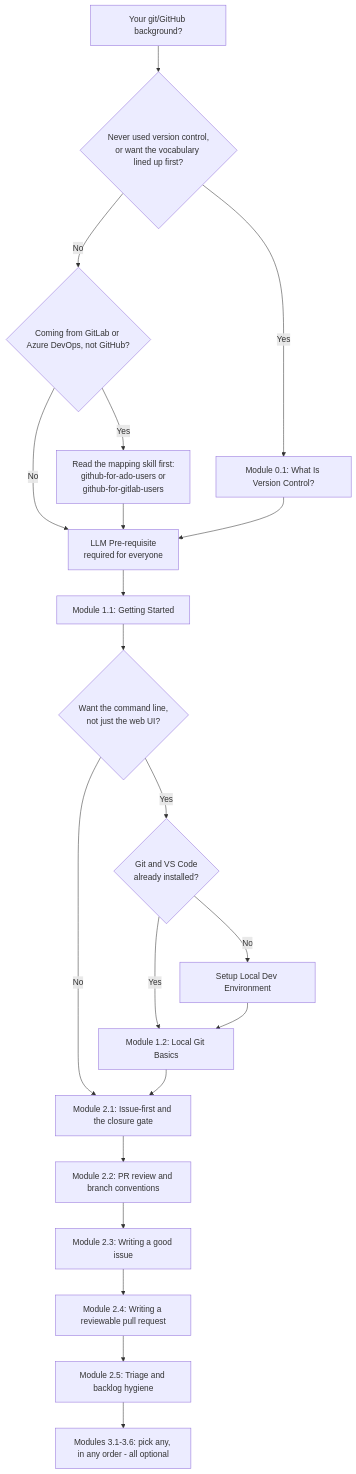
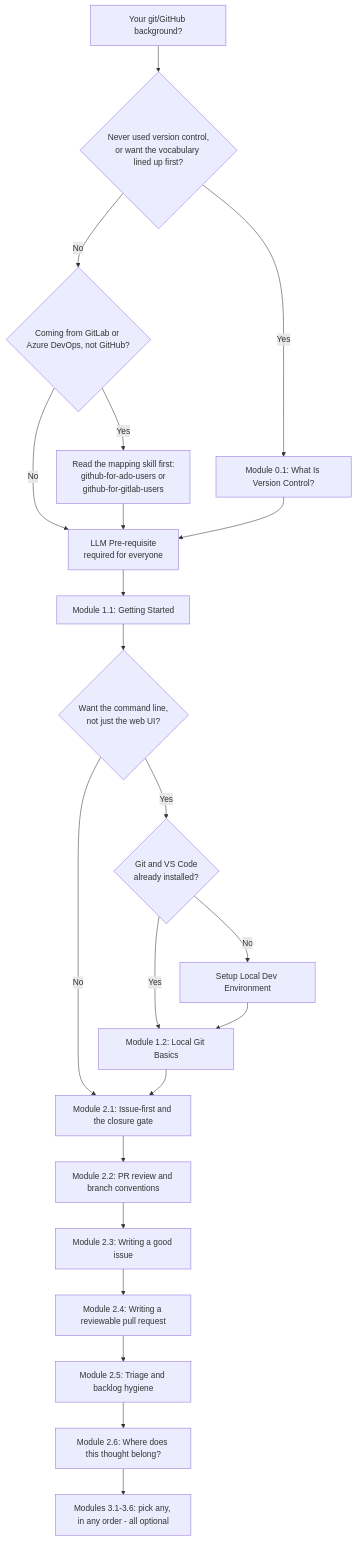
One commit to JeanKadang/DOC-GitHub-Practice-Skills changed the first of 2 diagrams in education/README.md. Above: the diagram before and after it, drawn with Mermaid. The commit also changed other lines of this file and 3 other files, not shown here.

First line of the commit message:
docs: add Module 2.6, where does this thought belong

````diff
--- a/education/README.md
+++ b/education/README.md
@@ -34,23 +34,24 @@
 ```mermaid
 flowchart TD
     Start[Your git/GitHub background?] --> Q1{Never used version control,<br/>or want the vocabulary lined up first?}
     Q1 -- Yes --> S0[Module 0.1: What Is Version Control?]
     Q1 -- No --> Q2{Coming from GitLab or Azure DevOps, not GitHub?}
     Q2 -- Yes --> Pre[Read the mapping skill first:<br/>github-for-ado-users or<br/>github-for-gitlab-users]
     Q2 -- No --> LLM0[LLM Pre-requisite<br/>required for everyone]
     Pre --> LLM0
     S0 --> LLM0
     LLM0 --> S1[Module 1.1: Getting Started]
     S1 --> Q3{Want the command line,<br/>not just the web UI?}
     Q3 -- Yes --> Q4{Git and VS Code<br/>already installed?}
     Q3 -- No --> M2a[Module 2.1: Issue-first and the closure gate]
     Q4 -- No --> Extra[Setup Local Dev Environment]
     Q4 -- Yes --> S2[Module 1.2: Local Git Basics]
     Extra --> S2
     S2 --> M2a
     M2a --> M2b[Module 2.2: PR review and branch conventions]
     M2b --> M2c[Module 2.3: Writing a good issue]
     M2c --> M2d[Module 2.4: Writing a reviewable pull request]
     M2d --> M2e[Module 2.5: Triage and backlog hygiene]
-    M2e --> M3[Modules 3.1-3.6: pick any, in any order - all optional]
+    M2e --> M2f[Module 2.6: Where does this thought belong?]
+    M2f --> M3[Modules 3.1-3.6: pick any, in any order - all optional]
 ```
````
